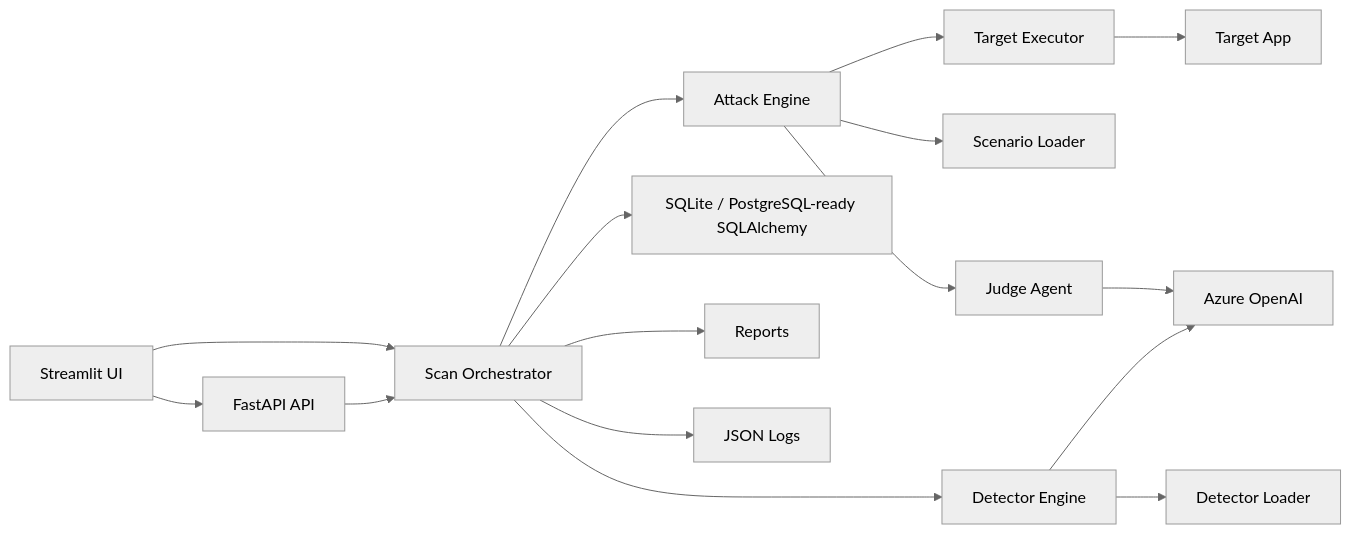
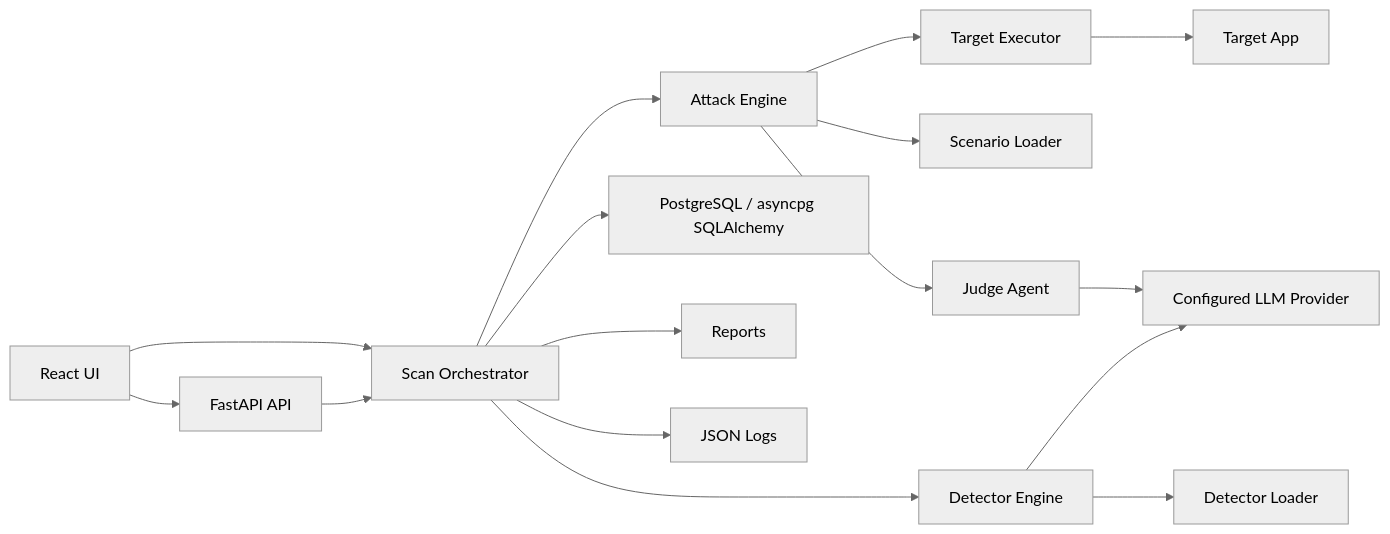
Before and after one commit to Surya2215/AI-Red-Teaming-Platform: the diagram in README.md, drawn with Mermaid (neutral theme). The commit also changed other lines of this file and 21299 other files, not shown here.

````diff
--- a/README.md
+++ b/README.md
@@ -58,18 +68,18 @@
 ```mermaid
 flowchart LR
-    UI["Streamlit UI"] --> API["FastAPI API"]
+    UI["React UI"] --> API["FastAPI API"]
     UI --> ORCH["Scan Orchestrator"]
     API --> ORCH
     ORCH --> AE["Attack Engine"]
     ORCH --> DE["Detector Engine"]
     AE --> SL["Scenario Loader"]
     DE --> DL["Detector Loader"]
     AE --> TE["Target Executor"]
     AE --> JA["Judge Agent"]
-    JA --> AOAI["Azure OpenAI"]
-    DE --> AOAI
+    JA --> LLM["Configured LLM Provider"]
+    DE --> LLM
     TE --> TARGET["Target App"]
-    ORCH --> DB["SQLite / PostgreSQL-ready SQLAlchemy"]
+    ORCH --> DB["PostgreSQL / asyncpg SQLAlchemy"]
     ORCH --> REPORTS["Reports"]
     ORCH --> LOGS["JSON Logs"]
 ```
````
